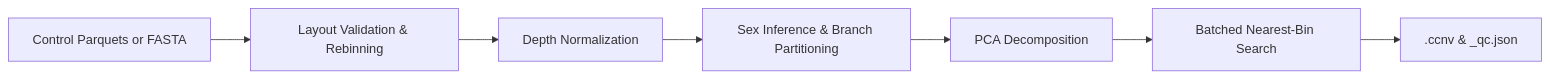
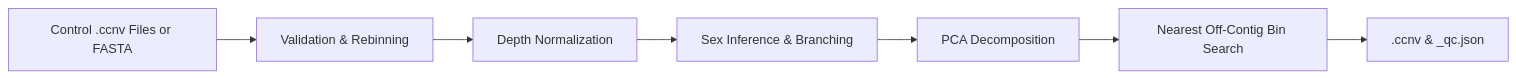
The second of 3 diagrams in docs/cli.md (matthdsm/ccnv), drawn with Mermaid before and after one commit. The commit also changed other lines of this file and 29 other files, not shown here.

````diff
--- a/docs/cli.md
+++ b/docs/cli.md
@@ -87,9 +70,9 @@
 ```mermaid
 flowchart LR
-    A["Control Parquets or FASTA"] --> B["Layout Validation & Rebinning"]
+    A["Control .ccnv Files or FASTA"] --> B["Validation & Rebinning"]
     B --> C["Depth Normalization"]
-    C --> D["Sex Inference & Branch Partitioning"]
+    C --> D["Sex Inference & Branching"]
     D --> E["PCA Decomposition"]
-    E --> F["Batched Nearest-Bin Search"]
+    E --> F["Nearest Off-Contig Bin Search"]
     F --> G["<prefix>.ccnv & <prefix>_qc.json"]
 ```
````
